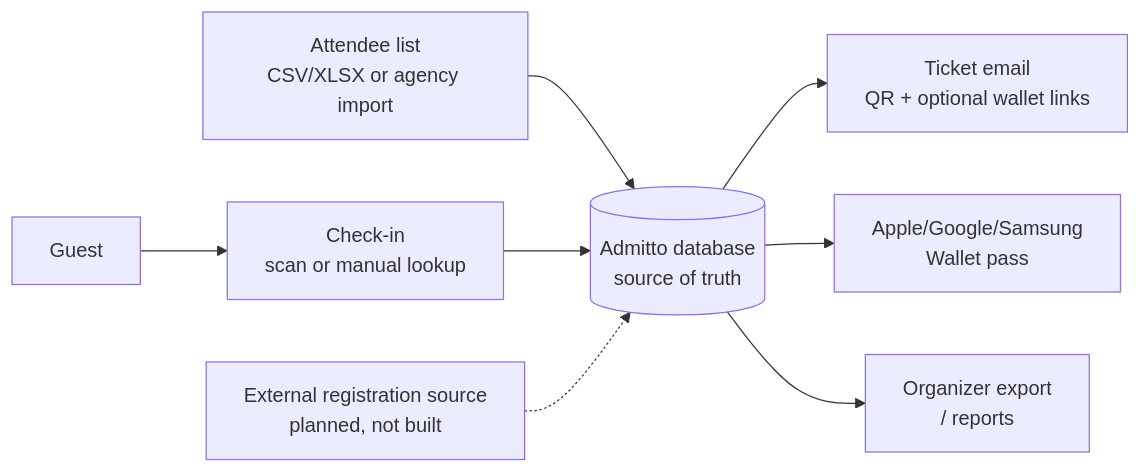
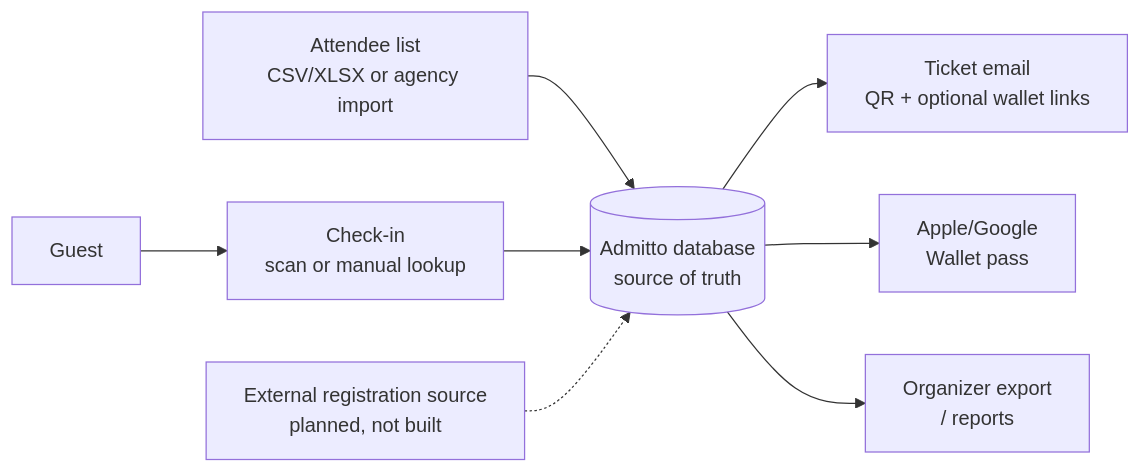
Before and after one commit to solarssk/admitto: the second of 2 diagrams in docs/security/ARCHITECTURE-FOR-AUDITORS.md, drawn with Mermaid. The commit also changed other lines of this file and 4 other files, not shown here.

First line of the commit message:
docs: fix review findings - production claim, Samsung wallet, tab scope, diagram order

````diff
--- a/docs/security/ARCHITECTURE-FOR-AUDITORS.md
+++ b/docs/security/ARCHITECTURE-FOR-AUDITORS.md
@@ -74,10 +74,10 @@
 ```mermaid
 flowchart LR
   Import[Attendee list\nCSV/XLSX or agency import] --> Core[(Admitto database\nsource of truth)]
   Core --> Mail[Ticket email\nQR + optional wallet links]
-  Core --> Wallet[Apple/Google/Samsung\nWallet pass]
+  Core --> Wallet[Apple/Google\nWallet pass]
   Guest[Guest] --> Checkin[Check-in\nscan or manual lookup]
   Checkin --> Core
   Core --> Export[Organizer export\n/ reports]
   Ingest[External registration source\nplanned, not built] -.-> Core
 ```
````
